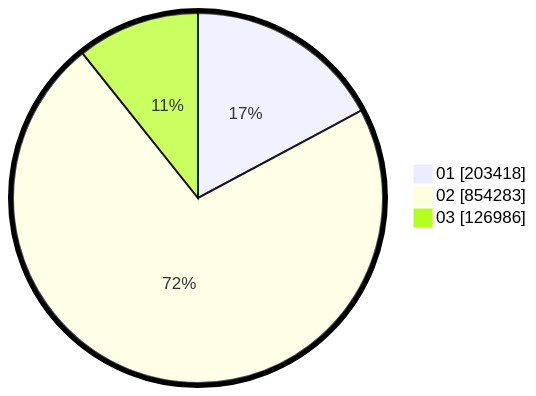
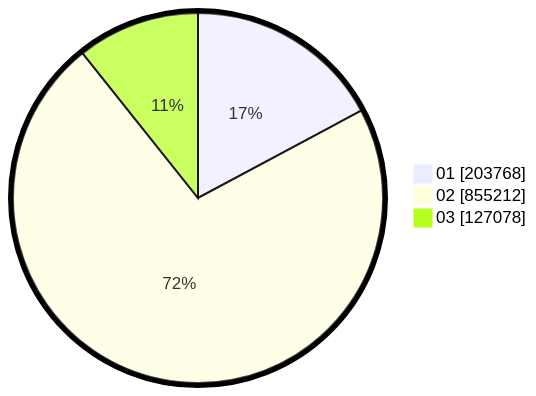
The second of 2 diagrams in pilpres/hitung-suara/sub/table-wilayah-62.md (gigit-pemilu/pemilu-2024), drawn with Mermaid before and after one commit. The commit also changed other lines of this file and 10 other files, not shown here.

````diff
--- a/pilpres/hitung-suara/sub/table-wilayah-62.md
+++ b/pilpres/hitung-suara/sub/table-wilayah-62.md
@@ -15,7 +15,7 @@
 ```mermaid
 %%{init: {"pie": {"textPosition": 0.5}, "themeVariables": {"pieOuterStrokeWidth": "5px"}} }%%
 pie showData
-    "01" : 203418
-    "02" : 854283
-    "03" : 126986
+    "01" : 203768
+    "02" : 855212
+    "03" : 127078
 ```
````
